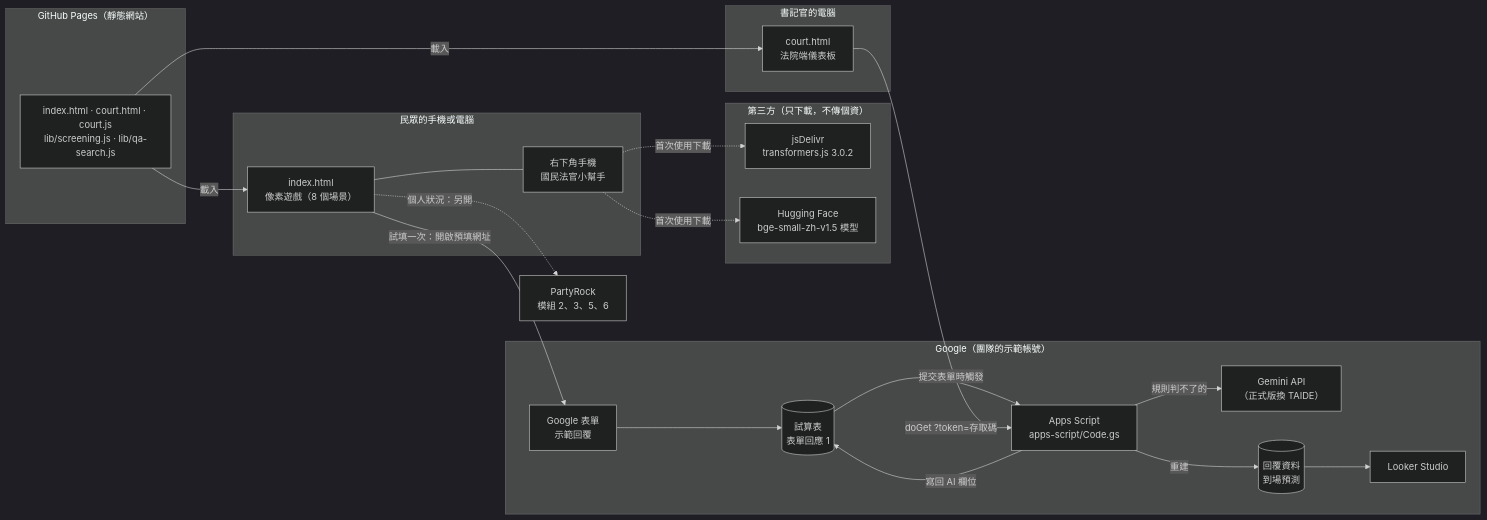
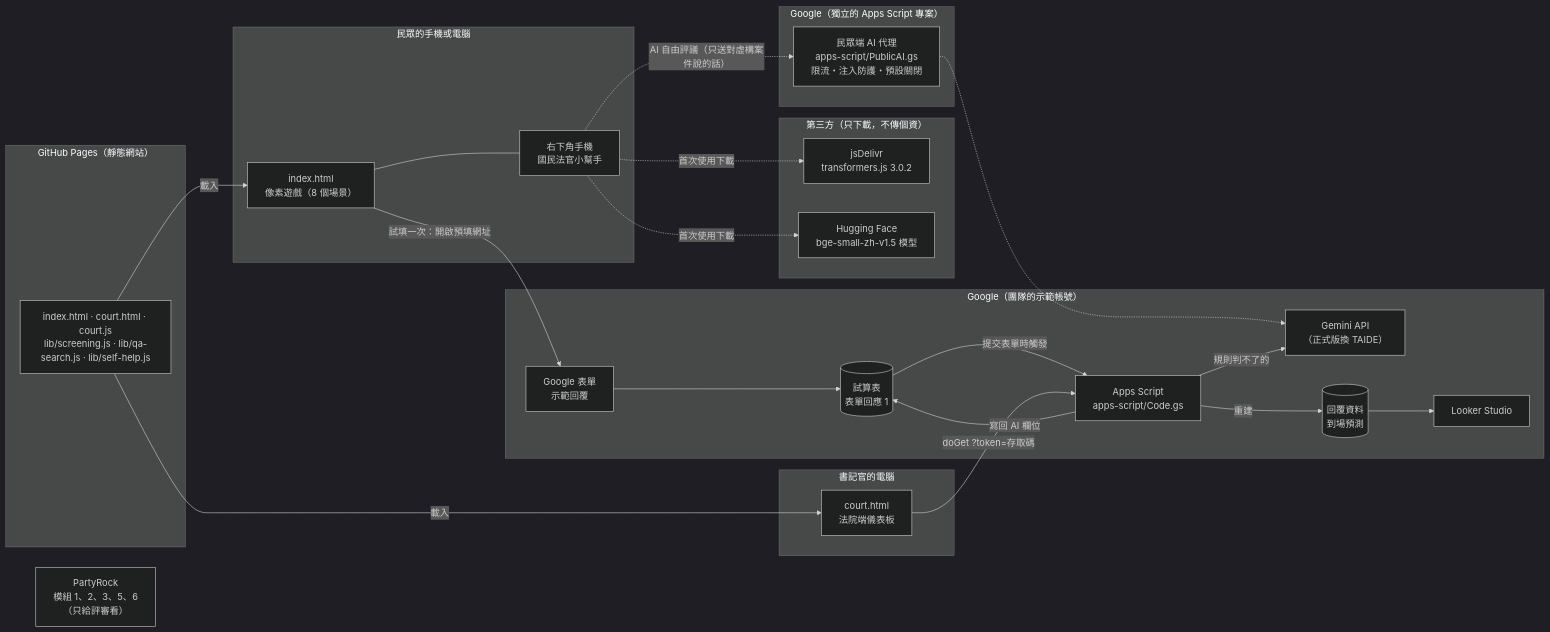
Before and after one commit to ammieliu-jpg/juror-preview: the first of 7 diagrams in docs/ARCHITECTURE.md, drawn with Mermaid (dark theme). The commit also changed other lines of this file and 15 other files, not shown here.

First line of the commit message:
民眾端免登入：免除初篩、準備清單改在瀏覽器執行，AI 評議改走 Apps Script 代理

````diff
--- a/docs/ARCHITECTURE.md
+++ b/docs/ARCHITECTURE.md
@@ -13,46 +13,51 @@
 ```mermaid
 flowchart LR
   subgraph 民眾的手機或電腦
     G["index.html<br/>像素遊戲（8 個場景）"]
     P["右下角手機<br/>國民法官小幫手"]
     G --- P
   end
 
   subgraph "GitHub Pages（靜態網站）"
-    GH["index.html · court.html · court.js<br/>lib/screening.js · lib/qa-search.js"]
+    GH["index.html · court.html · court.js<br/>lib/screening.js · lib/qa-search.js · lib/self-help.js"]
   end
 
   subgraph "第三方（只下載，不傳個資）"
     CDN["jsDelivr<br/>transformers.js 3.0.2"]
     HF["Hugging Face<br/>bge-small-zh-v1.5 模型"]
   end
 
   subgraph "Google（團隊的示範帳號）"
     F["Google 表單<br/>示範回覆"]
     SH[("試算表<br/>表單回應 1")]
     AS["Apps Script<br/>apps-script/Code.gs"]
     GM["Gemini API<br/>（正式版換 TAIDE）"]
     DB[("回覆資料<br/>到場預測")]
     LS["Looker Studio"]
   end
 
   subgraph 書記官的電腦
     C["court.html<br/>法院端儀表板"]
   end
 
-  PR["PartyRock<br/>模組 2、3、5、6"]
+  subgraph "Google（獨立的 Apps Script 專案）"
+    PX["民眾端 AI 代理<br/>apps-script/PublicAI.gs<br/>限流・注入防護・預設關閉"]
+  end
+
+  PR["PartyRock<br/>模組 1、2、3、5、6<br/>（只給評審看）"]
 
   GH -->|載入| G
   GH -->|載入| C
   P -.->|首次使用下載| CDN
   P -.->|首次使用下載| HF
   G -->|試填一次：開啟預填網址| F
-  G -.->|個人狀況：另開| PR
+  P -.->|"AI 自由評議（只送對虛構案件說的話）"| PX
+  PX -.-> GM
   F --> SH
   SH -->|提交表單時觸發| AS
   AS -->|規則判不了的| GM
   AS -->|寫回 AI 欄位| SH
   AS -->|重建| DB
   DB --> LS
   C -->|"doGet ?token=存取碼"| AS
 ```
````
